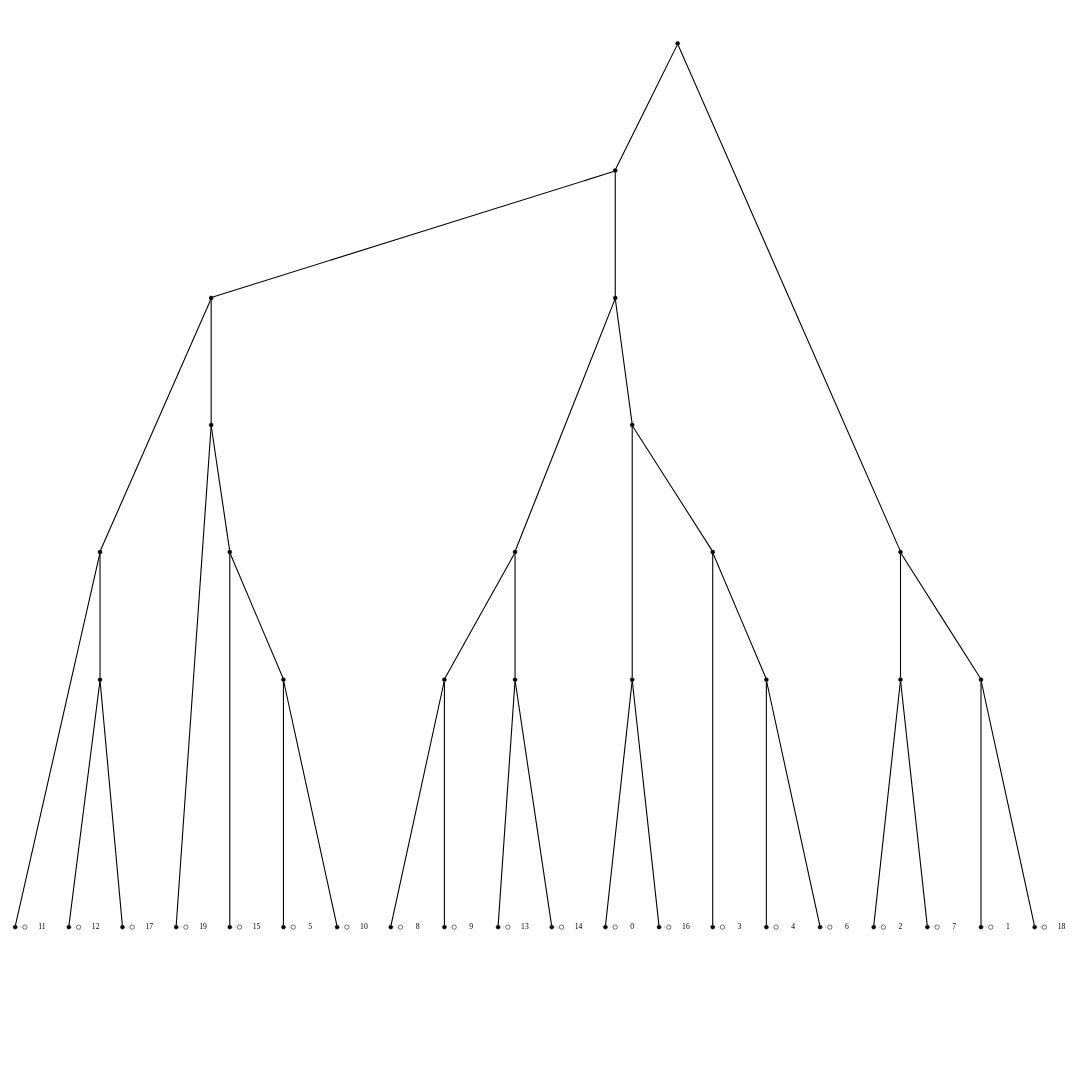
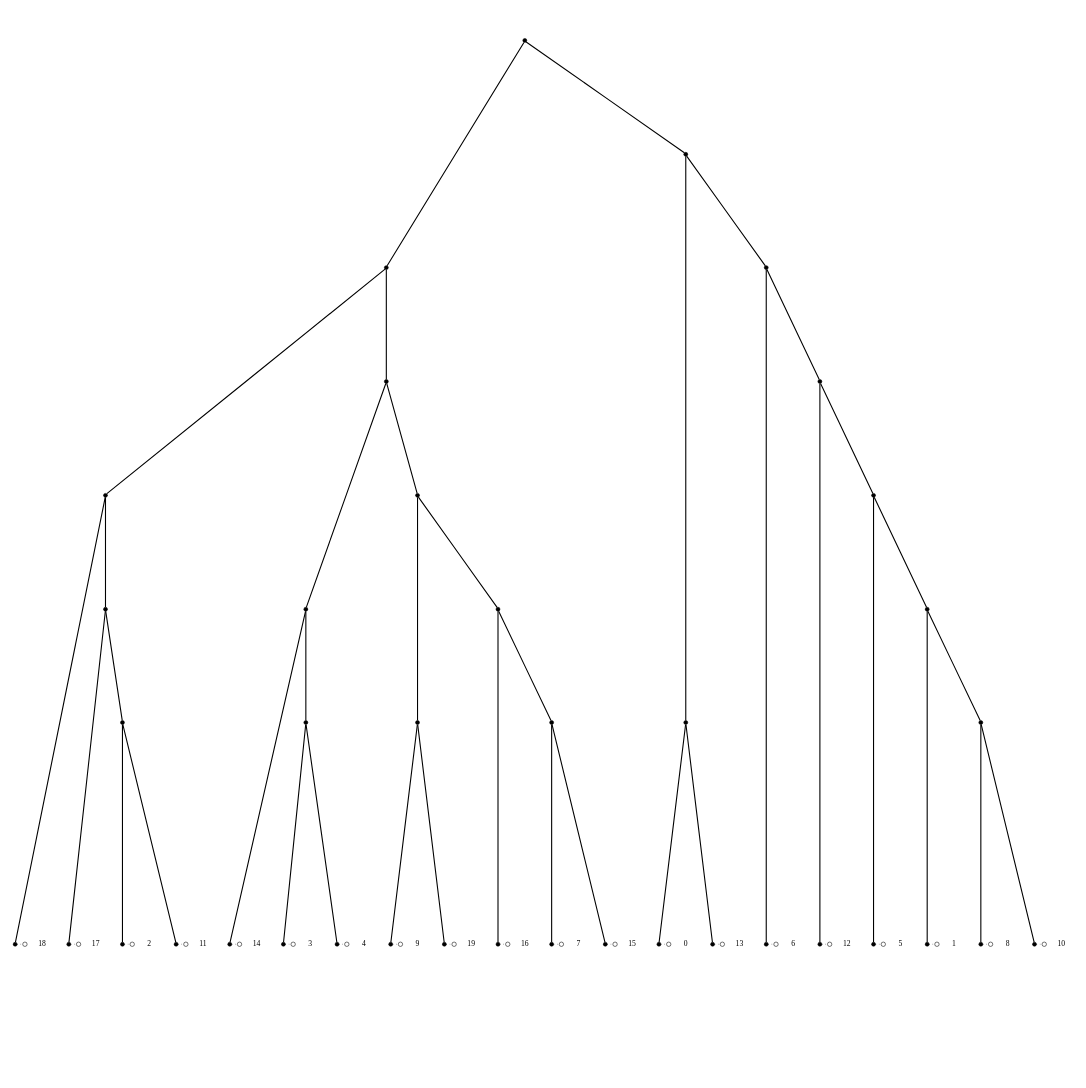
Before and after one commit to caitlinch/treelikeness: the diagram in raw_data/testAlignments2/SimBac_20_1300_0_0_0.01_NA_NA_NA_internal_1/ancestralRecombinationGraph.gv, drawn with Graphviz. The commit also changed 8883 other files, not shown here.

```diff
--- a/raw_data/testAlignments2/SimBac_20_1300_0_0_0.01_NA_NA_NA_internal_1/ancestralRecombinationGraph.gv
+++ b/raw_data/testAlignments2/SimBac_20_1300_0_0_0.01_NA_NA_NA_internal_1/ancestralRecombinationGraph.gv
@@ -1,141 +1,141 @@
 digraph G {fontsize=5;ranksep=0.02;ratio=fill;size="10,10";
 edge[arrowhead=none];
 {rank=same;1[shape=point] 2[shape=point] 3[shape=point] 4[shape=point] 5[shape=point] 6[shape=point] 7[shape=point] 8[shape=point] 9[shape=point] 10[shape=point] 11[shape=point] 12[shape=point] 13[shape=point] 14[shape=point] 15[shape=point] 16[shape=point] 17[shape=point] 18[shape=point] 19[shape=point] 20[shape=point] }
 1[shape=point,width=0.10,height=0.10]
 1->40[style=dotted,arrowhead=odot,arrowsize=1];
 40[shape=plaintext,label="0"];
 {rank=same; 1;40}
 2[shape=point,width=0.10,height=0.10]
 2->41[style=dotted,arrowhead=odot,arrowsize=1];
 41[shape=plaintext,label="1"];
 {rank=same; 2;41}
 3[shape=point,width=0.10,height=0.10]
 3->42[style=dotted,arrowhead=odot,arrowsize=1];
 42[shape=plaintext,label="2"];
 {rank=same; 3;42}
 4[shape=point,width=0.10,height=0.10]
 4->43[style=dotted,arrowhead=odot,arrowsize=1];
 43[shape=plaintext,label="3"];
 {rank=same; 4;43}
 5[shape=point,width=0.10,height=0.10]
 5->44[style=dotted,arrowhead=odot,arrowsize=1];
 44[shape=plaintext,label="4"];
 {rank=same; 5;44}
 6[shape=point,width=0.10,height=0.10]
 6->45[style=dotted,arrowhead=odot,arrowsize=1];
 45[shape=plaintext,label="5"];
 {rank=same; 6;45}
 7[shape=point,width=0.10,height=0.10]
 7->46[style=dotted,arrowhead=odot,arrowsize=1];
 46[shape=plaintext,label="6"];
 {rank=same; 7;46}
 8[shape=point,width=0.10,height=0.10]
 8->47[style=dotted,arrowhead=odot,arrowsize=1];
 47[shape=plaintext,label="7"];
 {rank=same; 8;47}
 9[shape=point,width=0.10,height=0.10]
 9->48[style=dotted,arrowhead=odot,arrowsize=1];
 48[shape=plaintext,label="8"];
 {rank=same; 9;48}
 10[shape=point,width=0.10,height=0.10]
 10->49[style=dotted,arrowhead=odot,arrowsize=1];
 49[shape=plaintext,label="9"];
 {rank=same; 10;49}
 11[shape=point,width=0.10,height=0.10]
 11->50[style=dotted,arrowhead=odot,arrowsize=1];
 50[shape=plaintext,label="10"];
 {rank=same; 11;50}
 12[shape=point,width=0.10,height=0.10]
 12->51[style=dotted,arrowhead=odot,arrowsize=1];
 51[shape=plaintext,label="11"];
 {rank=same; 12;51}
 13[shape=point,width=0.10,height=0.10]
 13->52[style=dotted,arrowhead=odot,arrowsize=1];
 52[shape=plaintext,label="12"];
 {rank=same; 13;52}
 14[shape=point,width=0.10,height=0.10]
 14->53[style=dotted,arrowhead=odot,arrowsize=1];
 53[shape=plaintext,label="13"];
 {rank=same; 14;53}
 15[shape=point,width=0.10,height=0.10]
 15->54[style=dotted,arrowhead=odot,arrowsize=1];
 54[shape=plaintext,label="14"];
 {rank=same; 15;54}
 16[shape=point,width=0.10,height=0.10]
 16->55[style=dotted,arrowhead=odot,arrowsize=1];
 55[shape=plaintext,label="15"];
 {rank=same; 16;55}
 17[shape=point,width=0.10,height=0.10]
 17->56[style=dotted,arrowhead=odot,arrowsize=1];
 56[shape=plaintext,label="16"];
 {rank=same; 17;56}
 18[shape=point,width=0.10,height=0.10]
 18->57[style=dotted,arrowhead=odot,arrowsize=1];
 57[shape=plaintext,label="17"];
 {rank=same; 18;57}
 19[shape=point,width=0.10,height=0.10]
 19->58[style=dotted,arrowhead=odot,arrowsize=1];
 58[shape=plaintext,label="18"];
 {rank=same; 19;58}
 20[shape=point,width=0.10,height=0.10]
 20->59[style=dotted,arrowhead=odot,arrowsize=1];
 59[shape=plaintext,label="19"];
 {rank=same; 20;59}
 21[shape=point,width=0.10,height=0.10]
 22[shape=point,width=0.10,height=0.10]
 23[shape=point,width=0.10,height=0.10]
 24[shape=point,width=0.10,height=0.10]
 25[shape=point,width=0.10,height=0.10]
 26[shape=point,width=0.10,height=0.10]
 27[shape=point,width=0.10,height=0.10]
 28[shape=point,width=0.10,height=0.10]
 29[shape=point,width=0.10,height=0.10]
 30[shape=point,width=0.10,height=0.10]
 31[shape=point,width=0.10,height=0.10]
 32[shape=point,width=0.10,height=0.10]
 33[shape=point,width=0.10,height=0.10]
 34[shape=point,width=0.10,height=0.10]
 35[shape=point,width=0.10,height=0.10]
 36[shape=point,width=0.10,height=0.10]
 37[shape=point,width=0.10,height=0.10]
 38[shape=point,width=0.10,height=0.10]
 39[shape=point,width=0.10,height=0.10]
-26 -> 1[style=bold]
-29 -> 2[style=bold]
-28 -> 3[style=bold]
-31 -> 4[style=bold]
-21 -> 5[style=bold]
-30 -> 6[style=bold]
-21 -> 7[style=bold]
-28 -> 8[style=bold]
-22 -> 9[style=bold]
-22 -> 10[style=bold]
-30 -> 11[style=bold]
-27 -> 12[style=bold]
-25 -> 13[style=bold]
-23 -> 14[style=bold]
-23 -> 15[style=bold]
-32 -> 16[style=bold]
-26 -> 17[style=bold]
-25 -> 18[style=bold]
-29 -> 19[style=bold]
-33 -> 20[style=bold]
-31 -> 21[style=bold]
-24 -> 22[style=bold]
-24 -> 23[style=bold]
-36 -> 24[style=bold]
-27 -> 25[style=bold]
-34 -> 26[style=bold]
-35 -> 27[style=bold]
-38 -> 28[style=bold]
-38 -> 29[style=bold]
-32 -> 30[style=bold]
-34 -> 31[style=bold]
-33 -> 32[style=bold]
-35 -> 33[style=bold]
-36 -> 34[style=bold]
-37 -> 35[style=bold]
+24 -> 1[style=bold]
+23 -> 2[style=bold]
+25 -> 3[style=bold]
+22 -> 4[style=bold]
+22 -> 5[style=bold]
+29 -> 6[style=bold]
+35 -> 7[style=bold]
+27 -> 8[style=bold]
+21 -> 9[style=bold]
+26 -> 10[style=bold]
+21 -> 11[style=bold]
+25 -> 12[style=bold]
+34 -> 13[style=bold]
+24 -> 14[style=bold]
+32 -> 15[style=bold]
+27 -> 16[style=bold]
+31 -> 17[style=bold]
+28 -> 18[style=bold]
+30 -> 19[style=bold]
+26 -> 20[style=bold]
+23 -> 21[style=bold]
+32 -> 22[style=bold]
+29 -> 23[style=bold]
+38 -> 24[style=bold]
+28 -> 25[style=bold]
+33 -> 26[style=bold]
+31 -> 27[style=bold]
+30 -> 28[style=bold]
+34 -> 29[style=bold]
+37 -> 30[style=bold]
+33 -> 31[style=bold]
+36 -> 32[style=bold]
+36 -> 33[style=bold]
+35 -> 34[style=bold]
+38 -> 35[style=bold]
 37 -> 36[style=bold]
 39 -> 37[style=bold]
 39 -> 38[style=bold]
 }
```
